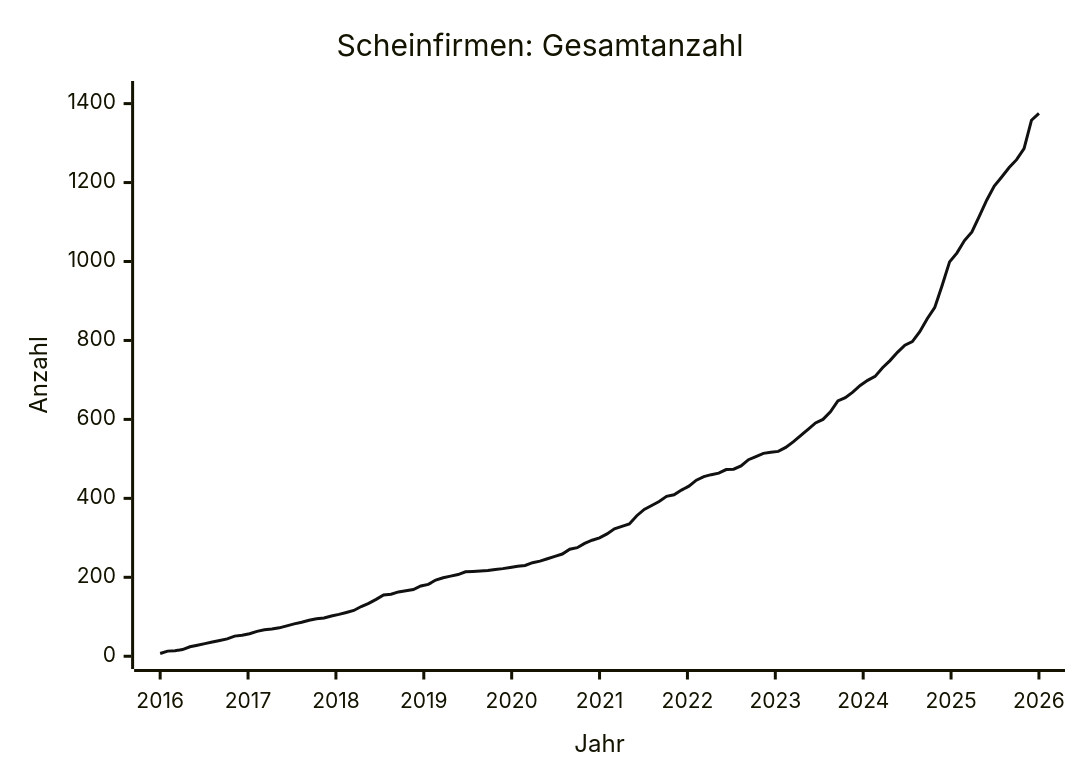
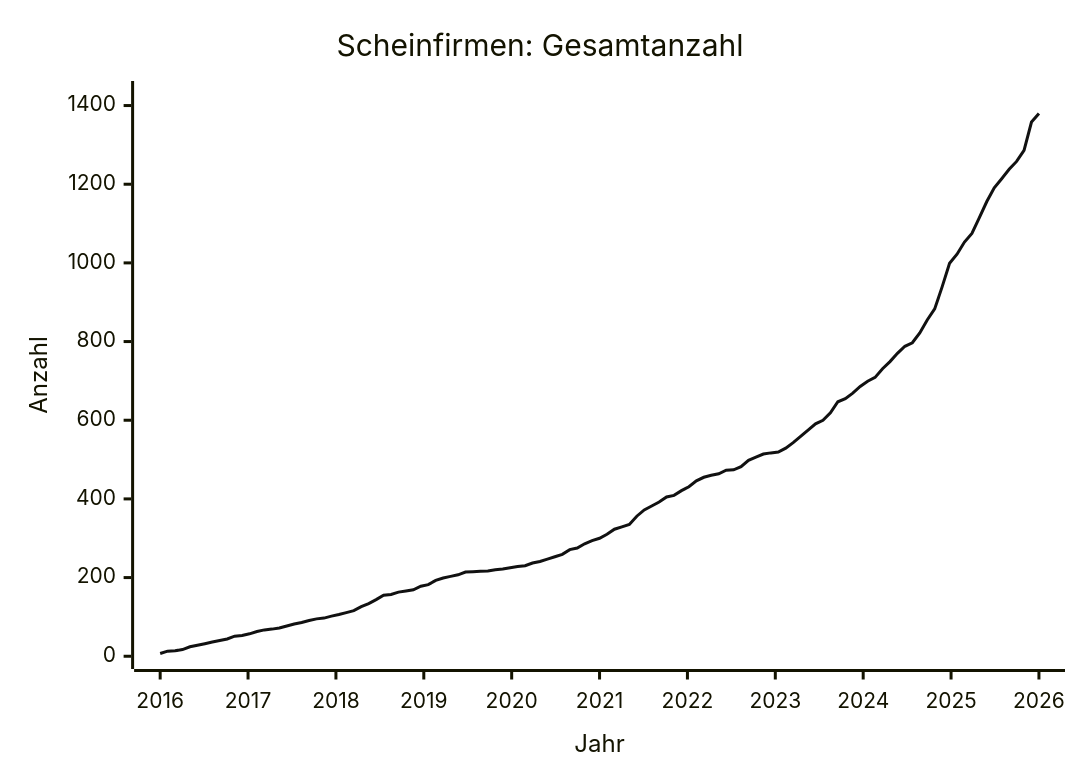
Before and after one commit to arjoma/scheinfirmen-at: the diagram in data/STATS.md, drawn with Mermaid. The commit also changed other lines of this file and 3 other files, not shown here.

````diff
--- a/data/STATS.md
+++ b/data/STATS.md
@@ -9,13 +9,13 @@
 ```mermaid
 ---
 config:
   themeVariables:
     xyChart:
       plotColorPalette: "#111111"
 ---
 xychart-beta
     title "Scheinfirmen: Gesamtanzahl"
     x-axis "Jahr" 2016 --> 2026
-    y-axis "Anzahl" 0 --> 1425
-    line [7, 13, 14, 17, 24, 28, 32, 36, 40, 44, 51, 53, 57, 63, 67, 69, 72, 77, 82, 86, 91, 95, 97, 102, 106, 111, 116, 126, 134, 144, 155, 157, 163, 166, 169, 178, 182, 193, 199, 203, 207, 214, 215, 216, 217, 220, 222, 225, 228, 230, 237, 241, 247, 253, 259, 271, 275, 286, 294, 300, 310, 323, 329, 335, 356, 372, 382, 392, 405, 409, 421, 431, 446, 455, 460, 464, 473, 474, 482, 498, 506, 514, 517, 519, 529, 543, 559, 575, 591, 600, 619, 647, 655, 669, 686, 699, 709, 731, 749, 770, 788, 797, 822, 855, 883, 939, 999, 1022, 1053, 1075, 1115, 1156, 1191, 1214, 1238, 1258, 1286, 1358, 1375]
+    y-axis "Anzahl" 0 --> 1430
+    line [7, 13, 14, 17, 24, 28, 32, 36, 40, 44, 51, 53, 57, 63, 67, 69, 72, 77, 82, 86, 91, 95, 97, 102, 106, 111, 116, 126, 134, 144, 155, 157, 163, 166, 169, 178, 182, 193, 199, 203, 207, 214, 215, 216, 217, 220, 222, 225, 228, 230, 237, 241, 247, 253, 259, 271, 275, 286, 294, 300, 310, 323, 329, 335, 356, 372, 382, 392, 405, 409, 421, 431, 446, 455, 460, 464, 473, 474, 482, 498, 506, 514, 517, 519, 529, 543, 559, 575, 591, 600, 619, 647, 655, 669, 686, 699, 709, 731, 749, 770, 788, 797, 822, 855, 883, 939, 999, 1022, 1053, 1075, 1115, 1156, 1191, 1214, 1238, 1258, 1286, 1358, 1380]
 ```
````
